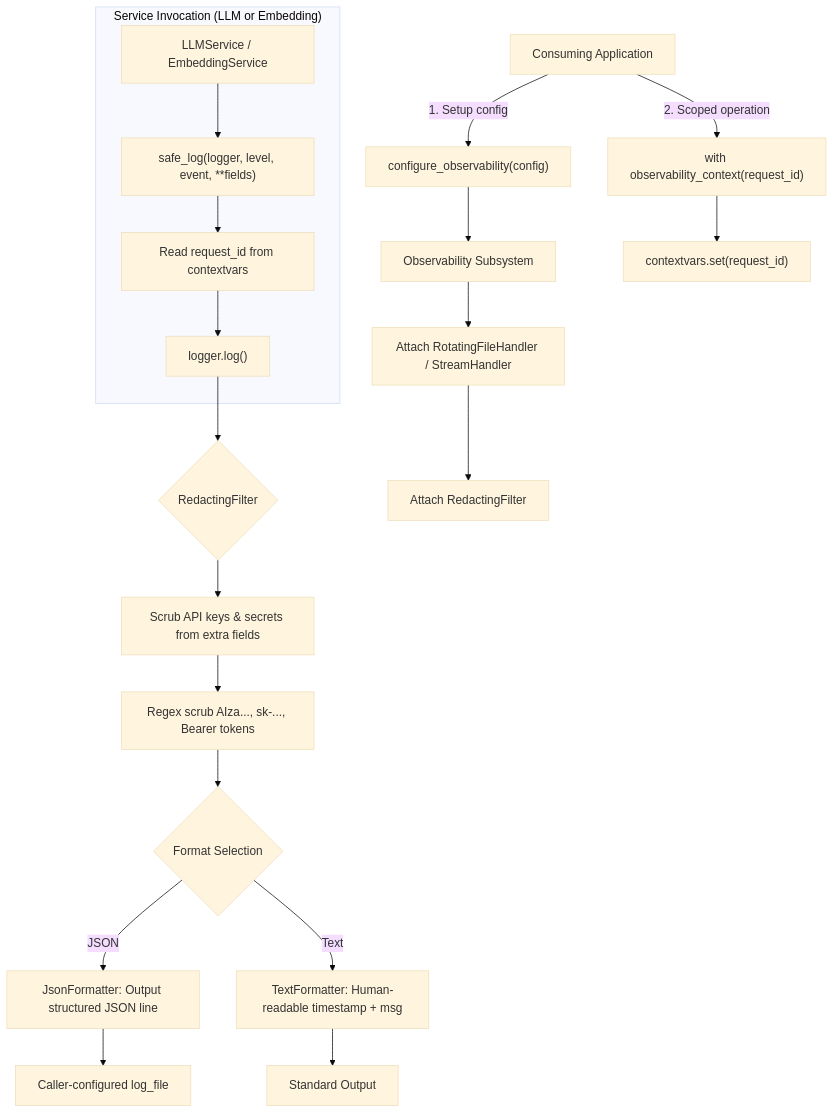
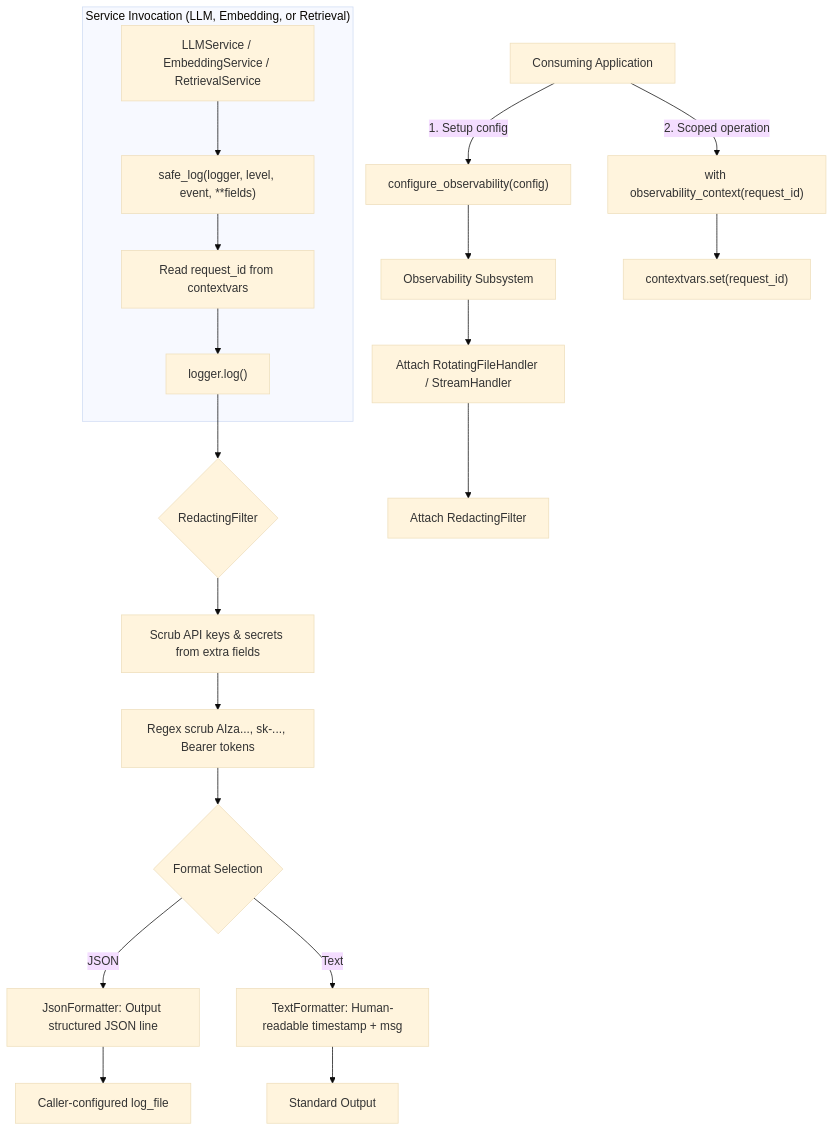
One commit to harshilkatharva/genai-engineer-journey changed the third of 6 diagrams in packages/genai-core/docs/FLOW.md. Above: the diagram before and after it, drawn with Mermaid (base theme). The commit also changed other lines of this file and 34 other files, not shown here.

Commit message:
feat: implement pgvector vector store adapter and retrieval service components

````diff
--- a/packages/genai-core/docs/FLOW.md
+++ b/packages/genai-core/docs/FLOW.md
@@ -159,33 +167,33 @@
 ```mermaid
 flowchart TD
     Caller["Consuming Application"]
     ConfigureCall["configure_observability(config)"]
     ContextCall["with observability_context(request_id)"]
     ObsEngine["Observability Subsystem"]
 
     Caller -->|1. Setup config| ConfigureCall
     ConfigureCall --> ObsEngine
     ObsEngine --> InitHandlers["Attach RotatingFileHandler / StreamHandler"]
     InitHandlers --> AttachRedactor["Attach RedactingFilter"]
 
     Caller -->|2. Scoped operation| ContextCall
     ContextCall --> SetVar["contextvars.set(request_id)"]
 
-    subgraph ServiceLogging ["Service Invocation (LLM or Embedding)"]
-        Service["LLMService / EmbeddingService"]
+    subgraph ServiceLogging ["Service Invocation (LLM, Embedding, or Retrieval)"]
+        Service["LLMService / EmbeddingService / RetrievalService"]
         Service --> SafeLog["safe_log(logger, level, event, **fields)"]
         SafeLog --> ExtractCtx["Read request_id from contextvars"]
         ExtractCtx --> EmitRecord["logger.log()"]
     end
 
     EmitRecord --> FilterPass{"RedactingFilter"}
     FilterPass --> ScrubDict["Scrub API keys & secrets from extra fields"]
     ScrubDict --> ScrubMsg["Regex scrub AIza..., sk-..., Bearer tokens"]
     ScrubMsg --> FormatterChoice{"Format Selection"}
 
     FormatterChoice -->|JSON| JsonFmt["JsonFormatter: Output structured JSON line"]
     FormatterChoice -->|Text| TextFmt["TextFormatter: Human-readable timestamp + msg"]
 
     JsonFmt --> TargetFile["Caller-configured log_file"]
     TextFmt --> TargetConsole["Standard Output"]
 ```
````
